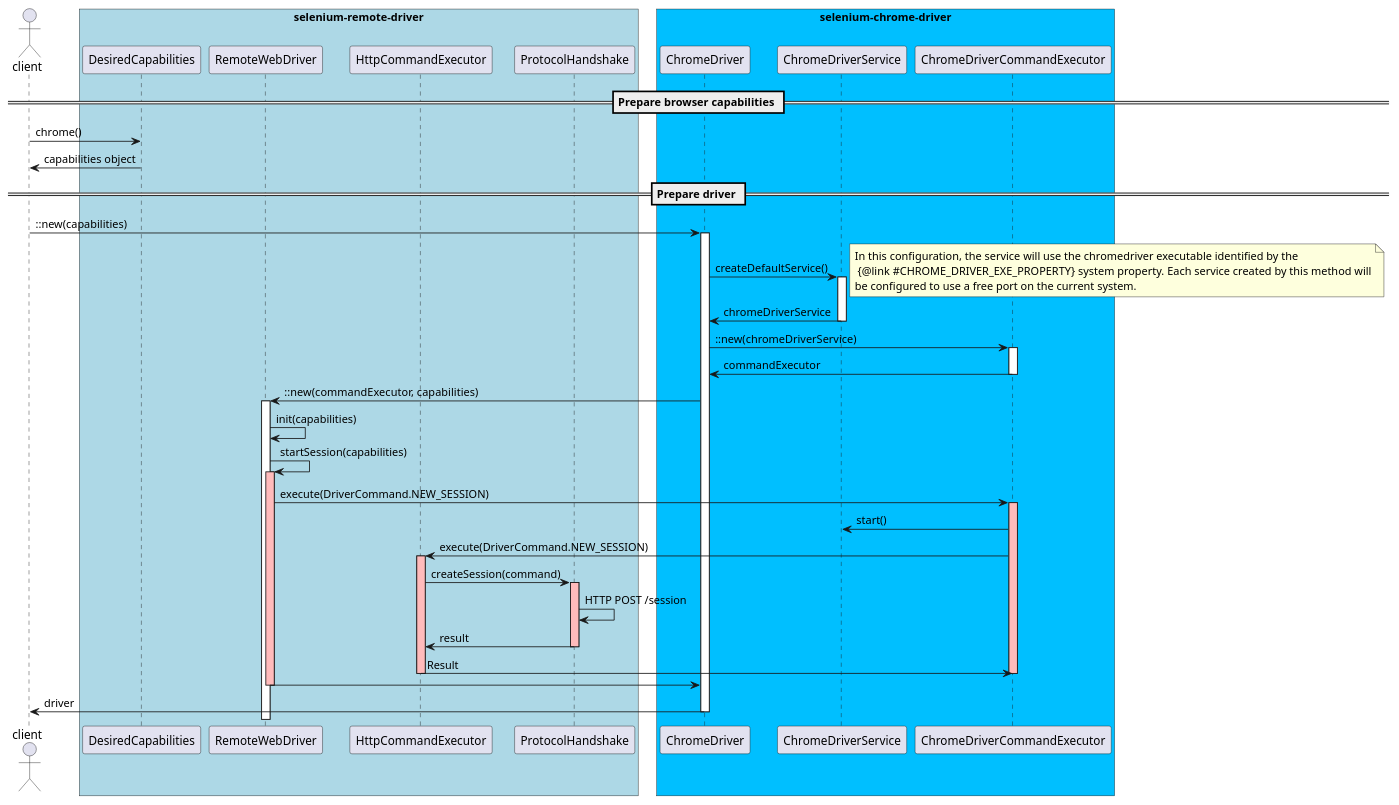
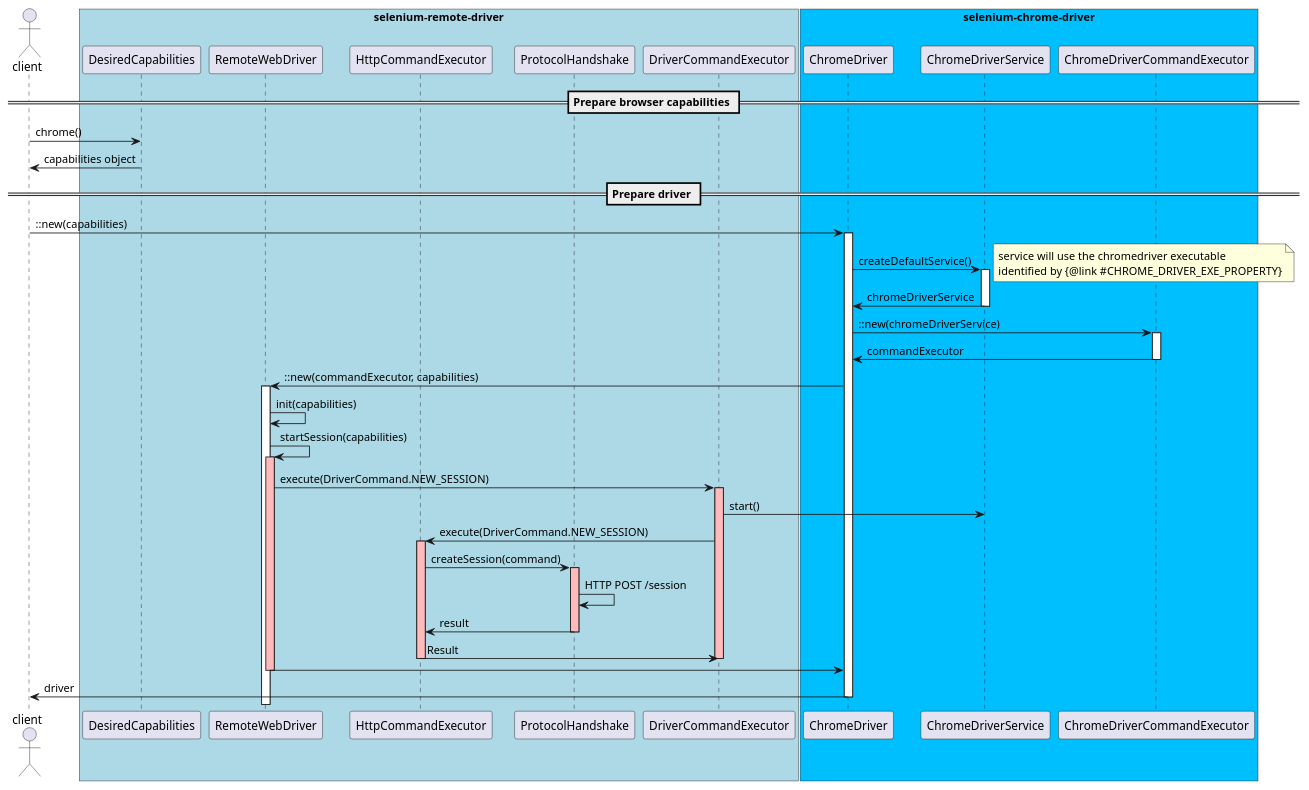
One commit to amartyushov/al-folio changed the first of 9 diagrams in plantuml/Selenium.puml. Above: the diagram before and after it, drawn with PlantUML. The commit also changed other lines of this file and 1 other file, not shown here.

Commit message:
Updating selenium client part of docs. Diagrams

```diff
--- a/plantuml/Selenium.puml
+++ b/plantuml/Selenium.puml
@@ -1,56 +1,57 @@
-	@startuml
+@startuml
+' New session creation
 actor client
 box "selenium-remote-driver" #LightBlue
 	participant DesiredCapabilities as capabilities
 	participant RemoteWebDriver
 	participant HttpCommandExecutor
 	participant ProtocolHandshake
+	participant DriverCommandExecutor
 end box
 
 box "selenium-chrome-driver" #DeepSkyBlue
 	participant ChromeDriver
 	participant ChromeDriverService
 	participant ChromeDriverCommandExecutor
 end box
 
 == Prepare browser capabilities ==
 client -> capabilities : chrome()
 capabilities -> client : capabilities object
 == Prepare driver ==
 client -> ChromeDriver : ::new(capabilities)
 activate ChromeDriver
 ChromeDriver -> ChromeDriverService : createDefaultService()
-note right : In this configuration, the service will use the chromedriver executable identified by the\n {@link #CHROME_DRIVER_EXE_PROPERTY} system property. Each service created by this method will\nbe configured to use a free port on the current system.
+note right : service will use the chromedriver executable \nidentified by {@link #CHROME_DRIVER_EXE_PROPERTY}
 activate ChromeDriverService
 ChromeDriverService -> ChromeDriver : chromeDriverService
 deactivate ChromeDriverService
 ChromeDriver -> ChromeDriverCommandExecutor : ::new(chromeDriverService)
 activate ChromeDriverCommandExecutor
 ChromeDriverCommandExecutor -> ChromeDriver : commandExecutor
 deactivate ChromeDriverCommandExecutor
 ChromeDriver -> RemoteWebDriver : ::new(commandExecutor, capabilities)
 activate RemoteWebDriver
 RemoteWebDriver -> RemoteWebDriver : init(capabilities)
 RemoteWebDriver -> RemoteWebDriver : startSession(capabilities)
 activate RemoteWebDriver #FFBBBB
-RemoteWebDriver -> ChromeDriverCommandExecutor : execute(DriverCommand.NEW_SESSION)
-activate ChromeDriverCommandExecutor #FFBBBB
-ChromeDriverCommandExecutor -> ChromeDriverService : start()
-ChromeDriverCommandExecutor -> HttpCommandExecutor : execute(DriverCommand.NEW_SESSION)
+RemoteWebDriver -> DriverCommandExecutor : execute(DriverCommand.NEW_SESSION)
+activate DriverCommandExecutor #FFBBBB
+DriverCommandExecutor -> ChromeDriverService : start()
+DriverCommandExecutor -> HttpCommandExecutor : execute(DriverCommand.NEW_SESSION)
 activate HttpCommandExecutor #FFBBBB
 HttpCommandExecutor -> ProtocolHandshake : createSession(command)
 activate ProtocolHandshake #FFBBBB
 ProtocolHandshake -> ProtocolHandshake : HTTP POST /session
 ProtocolHandshake -> HttpCommandExecutor : result
 deactivate ProtocolHandshake
-HttpCommandExecutor -> ChromeDriverCommandExecutor : Result
-deactivate ChromeDriverCommandExecutor
+HttpCommandExecutor -> DriverCommandExecutor : Result
+deactivate DriverCommandExecutor
 deactivate ProtocolHandshake
 deactivate HttpCommandExecutor
 
 RemoteWebDriver -> ChromeDriver
 deactivate RemoteWebDriver
 ChromeDriver -> client : driver
 deactivate ChromeDriver
-
 @enduml
```
